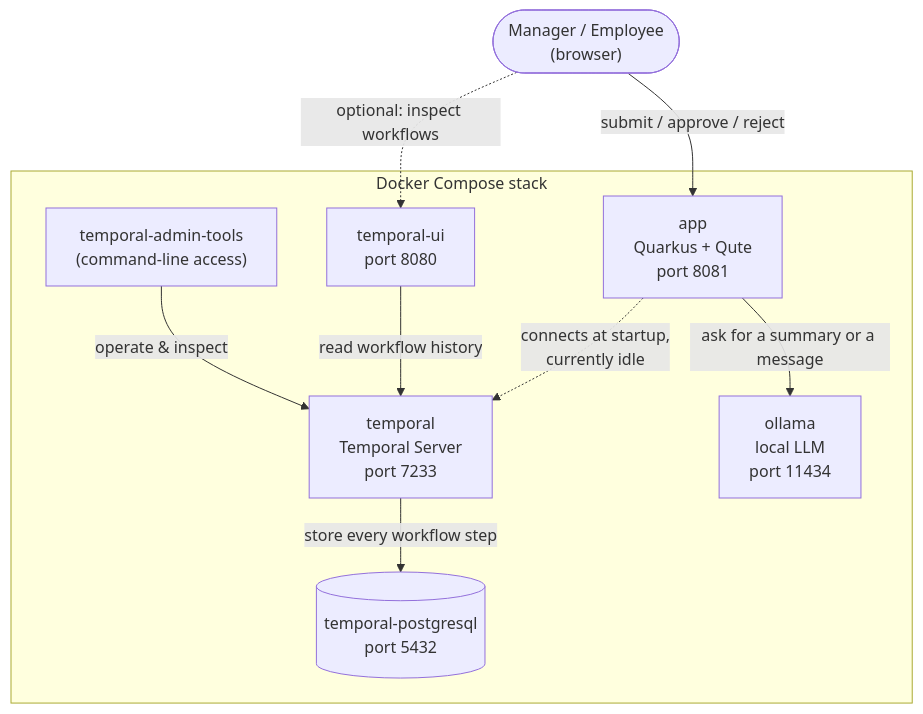
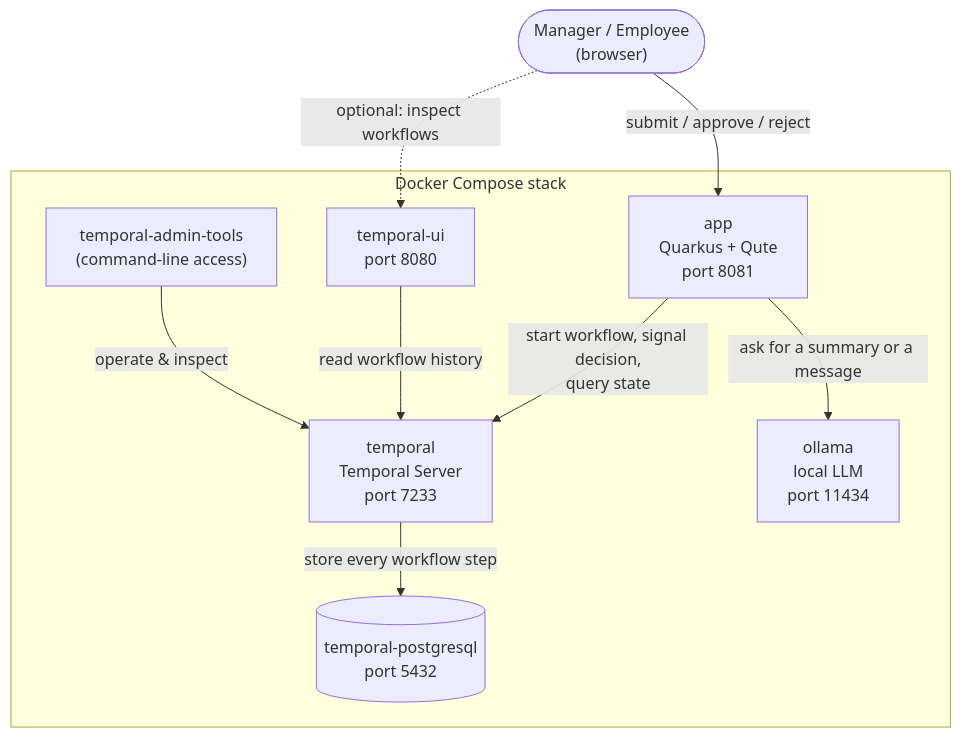
Before and after one commit to JohannesRabauer/temporal-langchain4j-workflow-demo: the first of 2 diagrams in README.md, drawn with Mermaid. The commit also changed other lines of this file and 6 other files, not shown here.

````diff
--- a/README.md
+++ b/README.md
@@ -33,23 +33,23 @@
 ```mermaid
 flowchart TB
     Browser(["Manager / Employee<br/>(browser)"])
 
     subgraph stack ["Docker Compose stack"]
         App["app<br/>Quarkus + Qute<br/>port 8081"]
         Temporal["temporal<br/>Temporal Server<br/>port 7233"]
         Postgres[("temporal-postgresql<br/>port 5432")]
         UI["temporal-ui<br/>port 8080"]
         AdminTools["temporal-admin-tools<br/>(command-line access)"]
         Ollama["ollama<br/>local LLM<br/>port 11434"]
     end
 
     Browser -->|"submit / approve / reject"| App
     Browser -.->|"optional: inspect workflows"| UI
 
-    App -.->|"connects at startup,<br/>currently idle"| Temporal
+    App -->|"start workflow, signal decision,<br/>query state"| Temporal
     App -->|"ask for a summary or a message"| Ollama
 
     Temporal -->|"store every workflow step"| Postgres
     UI -->|"read workflow history"| Temporal
     AdminTools -->|"operate & inspect"| Temporal
 ```
````
